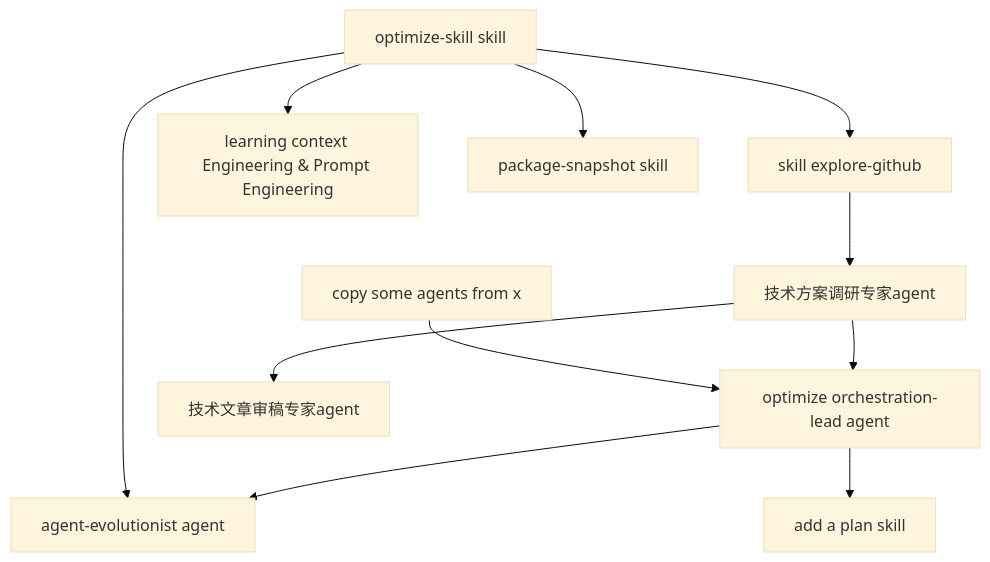
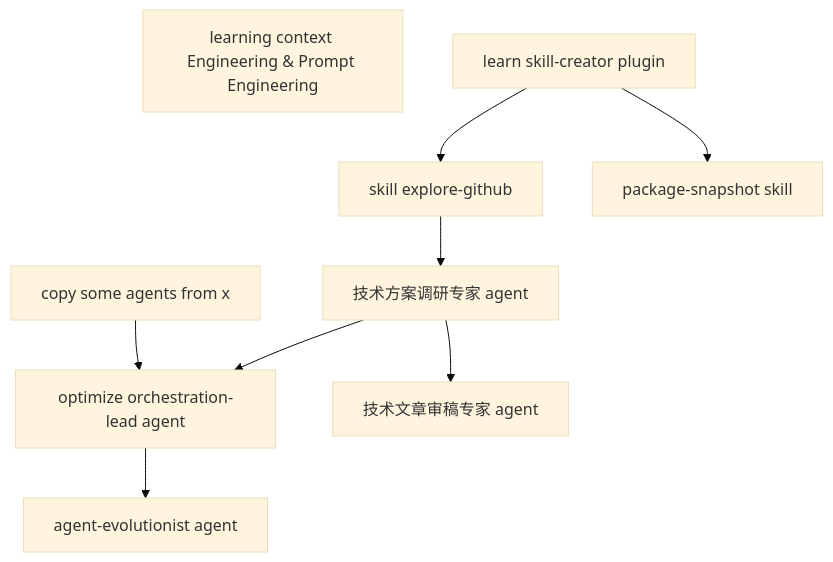
One commit to YMoose/my-claude-sidekick changed the diagram in todos.md. Above: the diagram before and after it, drawn with Mermaid (base theme). The commit also changed other lines of this file, not shown here.

Commit message:
update todo

````diff
--- a/todos.md
+++ b/todos.md
@@ -61,24 +69,20 @@
 ```mermaid
 flowchart TD
     20260225_0["copy some agents from x"]
     20260225_1["optimize orchestration-lead agent"]
-    20260225_2["add a plan skill"]
-    20260225_3["optimize-skill skill"]
-    20260225_4["agent-evolutionist agent"]
-    20260225_5["skill explore-github"]
-    20260225_6["技术方案调研专家agent"]
-    20260225_7["技术文章审稿专家agent"]
-    20260226_8["learning context Engineering & Prompt Engineering"]
-    20260301_9["package-snapshot skill"]
+    20260225_2["agent-evolutionist agent"]
+    20260225_3["skill explore-github"]
+    20260225_4["技术方案调研专家 agent"]
+    20260225_5["技术文章审稿专家 agent"]
+    20260226_6["learning context Engineering & Prompt Engineering"]
+    20260301_7["package-snapshot skill"]
+    20260311_8["learn skill-creator plugin"]
 
     20260225_0 --> 20260225_1
     20260225_1 --> 20260225_2
+    20260225_4 --> 20260225_1
     20260225_3 --> 20260225_4
-    20260225_1 --> 20260225_4
-    20260225_3 --> 20260225_5
-    20260225_6 --> 20260225_1
-    20260225_5 --> 20260225_6
-    20260225_6 --> 20260225_7
-    20260225_3 --> 20260226_8
-    20260225_3 --> 20260301_9
+    20260225_4 --> 20260225_5
+    20260311_8 --> 20260225_3
+    20260311_8 --> 20260301_7
 ```
````
